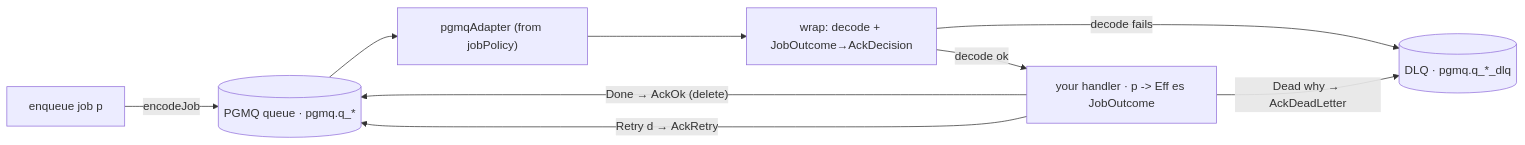
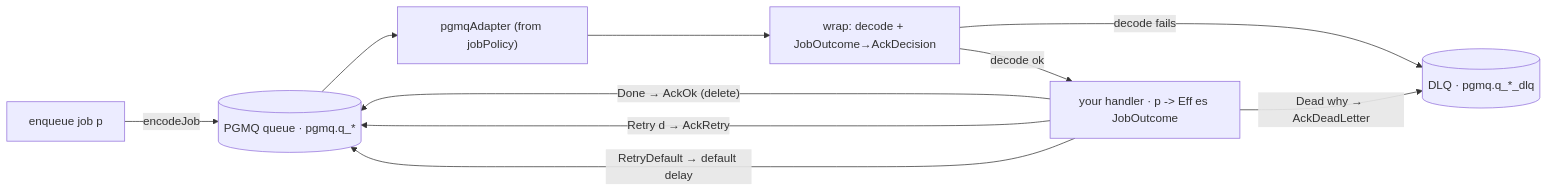
Before and after one commit to shinzui/keiro-runtime-docs: the diagram in content/docs/keiro/explanation/background-jobs-with-pgmq.mdx, drawn with Mermaid. The commit also changed other lines of this file and 26 other files, not shown here.

````diff
--- a/content/docs/keiro/explanation/background-jobs-with-pgmq.mdx
+++ b/content/docs/keiro/explanation/background-jobs-with-pgmq.mdx
@@ -68,17 +68,18 @@
 ```mermaid
 flowchart LR
   Prod["enqueue job p"]
   Q[("PGMQ queue · pgmq.q_*")]
   Adapter["pgmqAdapter (from jobPolicy)"]
   Wrap["wrap: decode + JobOutcome→AckDecision"]
   H["your handler · p -> Eff es JobOutcome"]
   DLQ[("DLQ · pgmq.q_*_dlq")]
 
   Prod -->|"encodeJob"| Q
   Q --> Adapter --> Wrap
   Wrap -->|"decode ok"| H
   Wrap -->|"decode fails"| DLQ
   H -->|"Done → AckOk (delete)"| Q
   H -->|"Retry d → AckRetry"| Q
+  H -->|"RetryDefault → default delay"| Q
   H -->|"Dead why → AckDeadLetter"| DLQ
 ```
````
